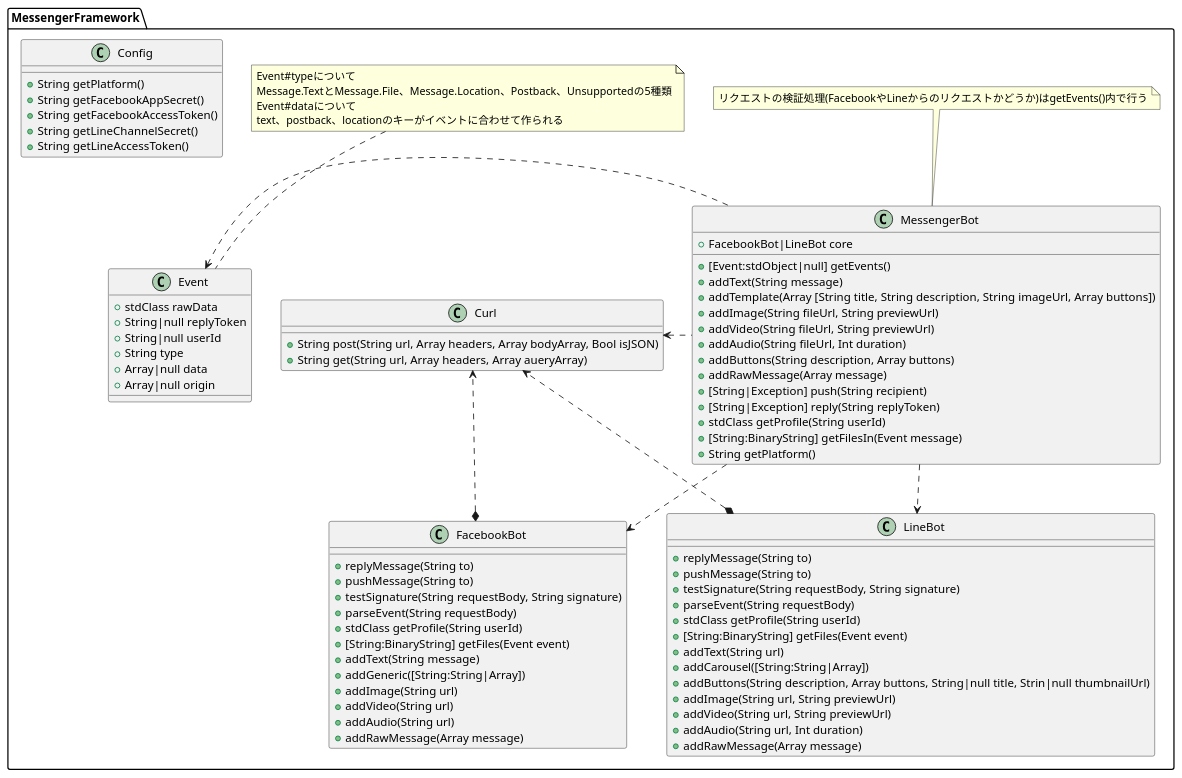
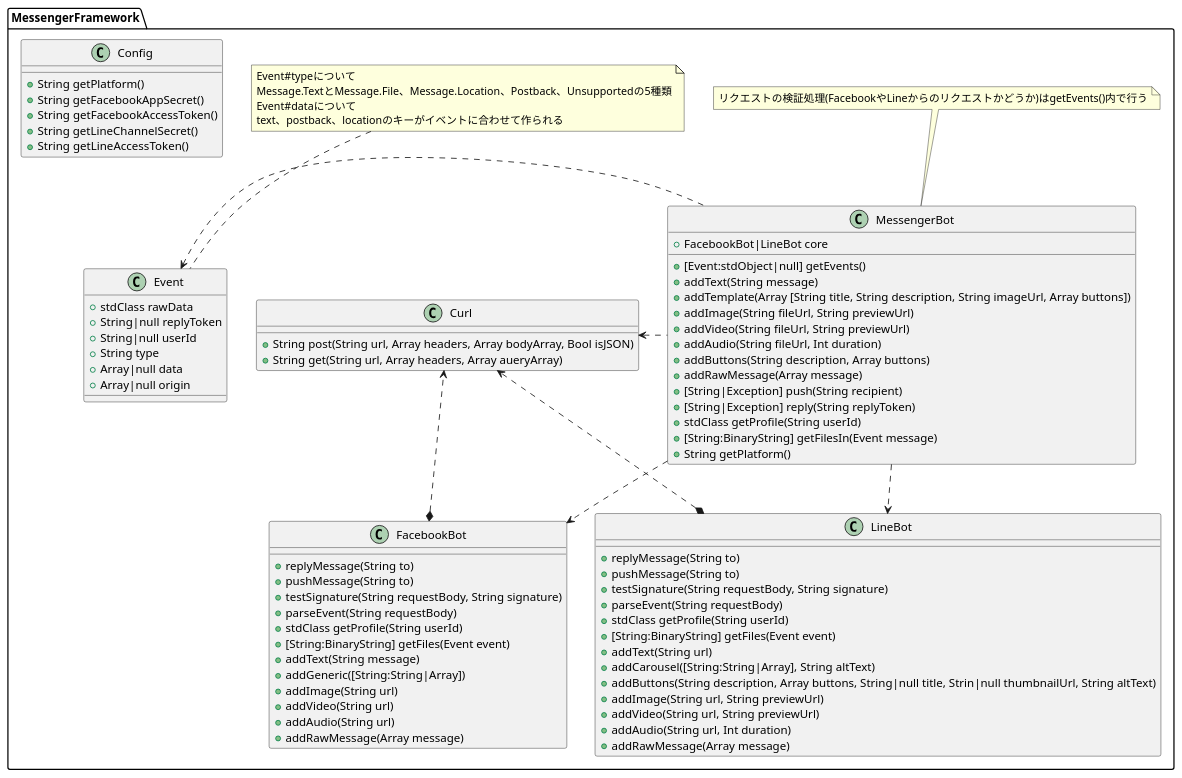
Before and after one commit to genies-inc/messenger-framework: the diagram in docs/class-spec.puml, drawn with PlantUML.

Commit message:
Update クラス仕様を更新

```diff
--- a/docs/class-spec.puml
+++ b/docs/class-spec.puml
@@ -1,99 +1,99 @@
 @startuml
 
 namespace MessengerFramework {
 
   class Event {
     + stdClass rawData
     + String|null replyToken
     + String|null userId
     + String type
     + Array|null data
     + Array|null origin
   }
 
   note top of Event
     Event#typeについて
     Message.TextとMessage.File、Message.Location、Postback、Unsupportedの5種類
     Event#dataについて
     text、postback、locationのキーがイベントに合わせて作られる
   end note
 
   class MessengerBot {
     + FacebookBot|LineBot core
     + [Event:stdObject|null] getEvents()
     + addText(String message)
     + addTemplate(Array [String title, String description, String imageUrl, Array buttons])
     + addImage(String fileUrl, String previewUrl)
     + addVideo(String fileUrl, String previewUrl)
     + addAudio(String fileUrl, Int duration)
     + addButtons(String description, Array buttons)
     + addRawMessage(Array message)
     + [String|Exception] push(String recipient)
     + [String|Exception] reply(String replyToken)
     + stdClass getProfile(String userId)
     + [String:BinaryString] getFilesIn(Event message)
     + String getPlatform()
   }
 
   note top of MessengerBot
     リクエストの検証処理(FacebookやLineからのリクエストかどうか)はgetEvents()内で行う
   end note
 
   class FacebookBot {
     + replyMessage(String to)
     + pushMessage(String to)
     + testSignature(String requestBody, String signature)
     + parseEvent(String requestBody)
     + stdClass getProfile(String userId)
     + [String:BinaryString] getFiles(Event event)
     + addText(String message)
     + addGeneric([String:String|Array])
     + addImage(String url)
     + addVideo(String url)
     + addAudio(String url)
     + addRawMessage(Array message)
   }
 
   class LineBot {
     + replyMessage(String to)
     + pushMessage(String to)
     + testSignature(String requestBody, String signature)
     + parseEvent(String requestBody)
     + stdClass getProfile(String userId)
     + [String:BinaryString] getFiles(Event event)
     + addText(String url)
-    + addCarousel([String:String|Array])
-    + addButtons(String description, Array buttons, String|null title, Strin|null thumbnailUrl)
+    + addCarousel([String:String|Array], String altText)
+    + addButtons(String description, Array buttons, String|null title, Strin|null thumbnailUrl, String altText)
     + addImage(String url, String previewUrl)
     + addVideo(String url, String previewUrl)
     + addAudio(String url, Int duration)
     + addRawMessage(Array message)
   }
 
   class Curl {
     + String post(String url, Array headers, Array bodyArray, Bool isJSON)
     + String get(String url, Array headers, Array aueryArray)
   }
 
   class Config {
     + String getPlatform()
     + String getFacebookAppSecret()
     + String getFacebookAccessToken()
     + String getLineChannelSecret()
     + String getLineAccessToken()
   }
 
 }
 
 ' MessengerFramework内の関連
 
 MessengerFramework.MessengerBot .d.> MessengerFramework.FacebookBot
 MessengerFramework.MessengerBot .d.> MessengerFramework.LineBot
 MessengerFramework.MessengerBot .l.> MessengerFramework.Curl
 MessengerFramework.MessengerBot .l.> MessengerFramework.Event
 
 MessengerFramework.FacebookBot *..> MessengerFramework.Curl
 
 MessengerFramework.LineBot *..> MessengerFramework.Curl
 
 @enduml
```
